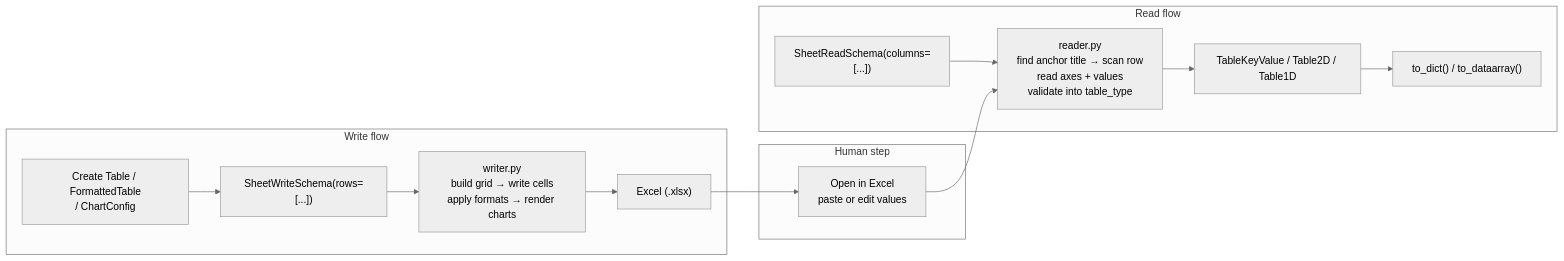
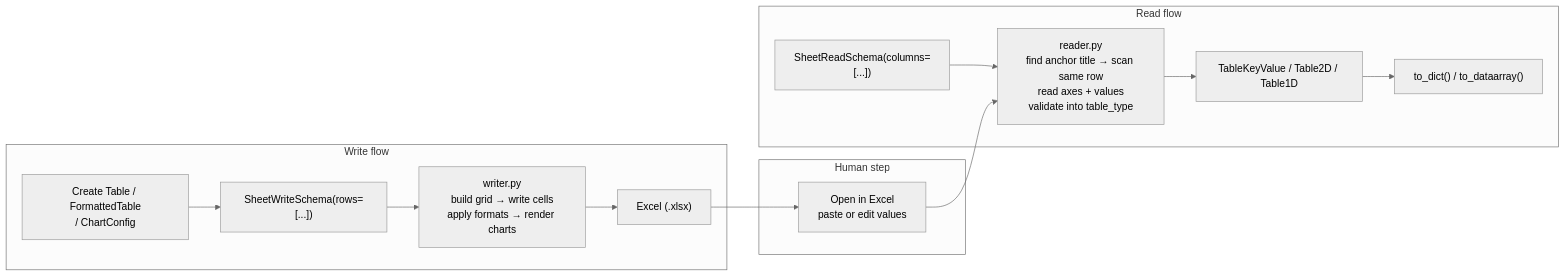
The second of 2 diagrams in readme.md (hiroshiasayadev-prog/excel-table), drawn with Mermaid (neutral theme) before and after one commit. The commit also changed other lines of this file and 1 other file, not shown here.

````diff
--- a/readme.md
+++ b/readme.md
@@ -95,24 +96,24 @@
 ```mermaid
 flowchart LR
     subgraph W["Write flow"]
         W1["Create Table / FormattedTable\n/ ChartConfig"]
         W2["SheetWriteSchema(rows=[...])"]
         W3["writer.py\nbuild grid → write cells\napply formats → render charts"]
         W4["Excel (.xlsx)"]
         W1 --> W2 --> W3 --> W4
     end
 
     subgraph H["Human step"]
         H1["Open in Excel\npaste or edit values"]
     end
 
     subgraph R["Read flow"]
         R1["SheetReadSchema(columns=[...])"]
-        R2["reader.py\nfind anchor title → scan row\nread axes + values\nvalidate into table_type"]
+        R2["reader.py\nfind anchor title → scan same row\nread axes + values\nvalidate into table_type"]
         R3["TableKeyValue / Table2D / Table1D"]
         R4["to_dict() / to_dataarray()"]
         R1 --> R2 --> R3 --> R4
     end
 
     W4 --> H1 --> R2
 ```
````
